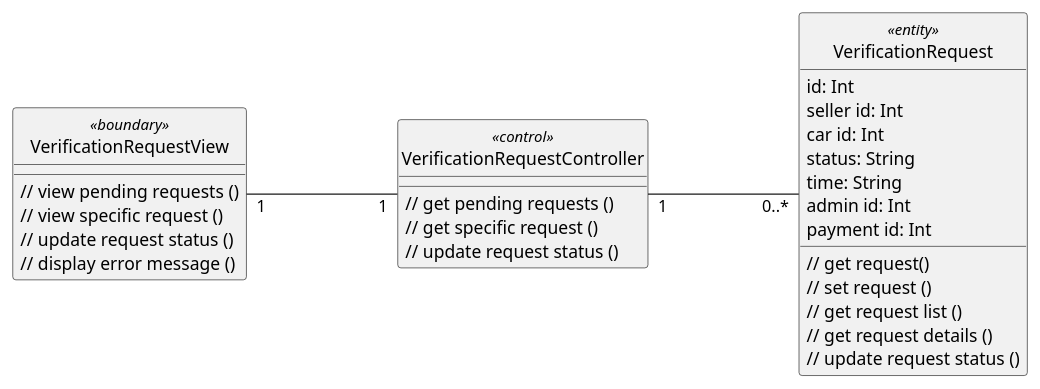
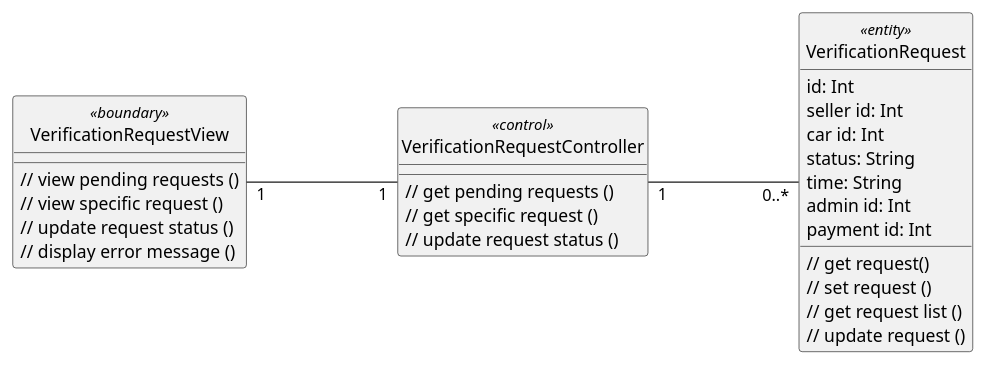
Before and after one commit to anhbanlinhle/velocity-exchange: the diagram in uml/analysis/class/approve_car_for_auction.puml, drawn with PlantUML. The commit also changed 1 other file, not shown here.

```diff
--- a/uml/analysis/class/approve_car_for_auction.puml
+++ b/uml/analysis/class/approve_car_for_auction.puml
@@ -1,42 +1,41 @@
 @startuml 
 left to right direction
 skinparam classAttributeIconSize 0
 skinparam linetype ortho
 hide circle
 class VerificationRequestView <<boundary>> {
     // view pending requests ()
     // view specific request ()
     // update request status ()
     // display error message ()
 
     }
 
 class VerificationRequestController <<control>> {
     // get pending requests ()
     // get specific request ()
     // update request status ()
 
     }
 
 class VerificationRequest <<entity>> {
     id: Int
     seller id: Int
     car id: Int
     status: String
     time: String
     admin id: Int
     payment id: Int
     // get request()
     // set request ()
     // get request list ()
-    // get request details ()
-    // update request status ()
+    // update request ()
     }
 
 
 VerificationRequestView "1" --- "1" VerificationRequestController
 
 VerificationRequestController "1" --- "0..*" VerificationRequest
 
 
 @enduml
```
